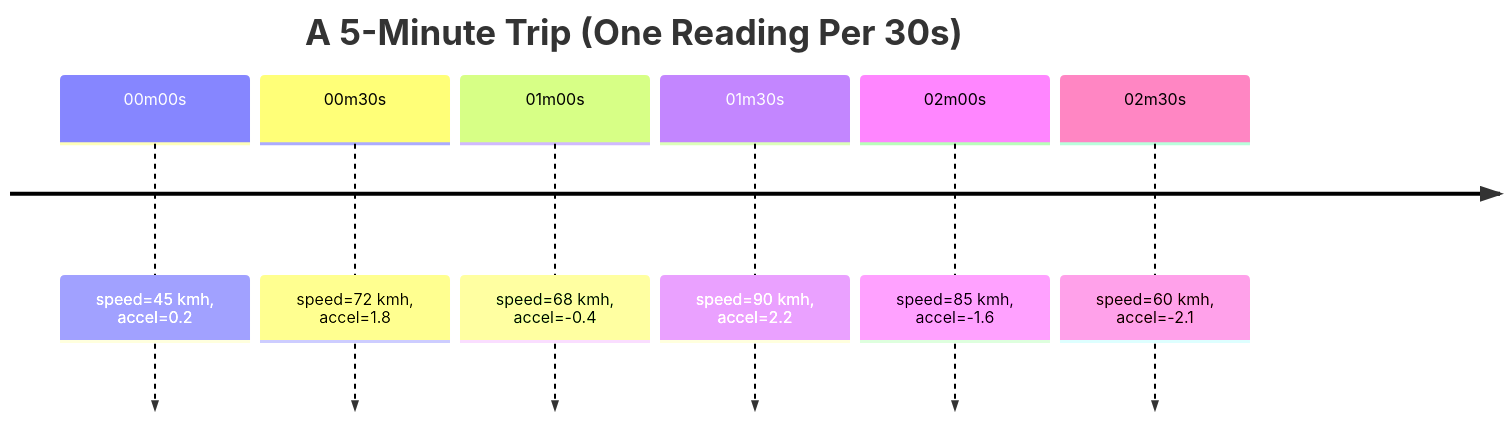
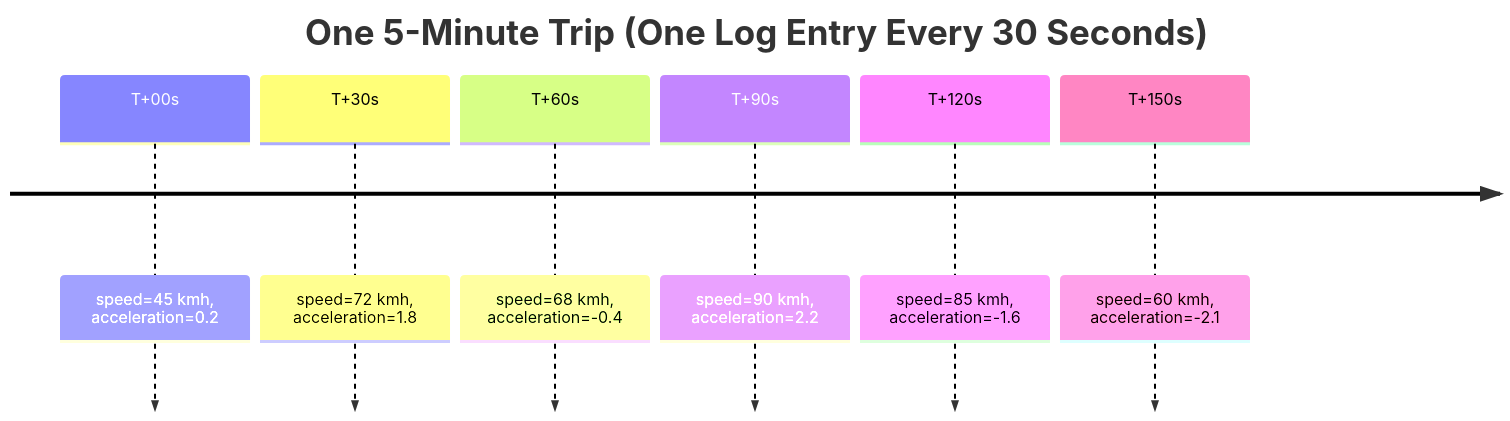
The second of 16 diagrams in docs/ml_pipeline_guide.md (Project-Be-Better/learning-ml), drawn with Mermaid before and after one commit. The commit also changed other lines of this file, not shown here.

````diff
--- a/docs/ml_pipeline_guide.md
+++ b/docs/ml_pipeline_guide.md
@@ -33,10 +35,10 @@
 ```mermaid
 timeline
-    title A 5-Minute Trip (One Reading Per 30s)
-    00m00s : speed=45 kmh, accel=0.2
-    00m30s : speed=72 kmh, accel=1.8
-    01m00s : speed=68 kmh, accel=-0.4
-    01m30s : speed=90 kmh, accel=2.2
-    02m00s : speed=85 kmh, accel=-1.6
-    02m30s : speed=60 kmh, accel=-2.1
+    title One 5-Minute Trip (One Log Entry Every 30 Seconds)
+    T+00s : speed=45 kmh, acceleration=0.2
+    T+30s : speed=72 kmh, acceleration=1.8
+    T+60s : speed=68 kmh, acceleration=-0.4
+    T+90s : speed=90 kmh, acceleration=2.2
+    T+120s : speed=85 kmh, acceleration=-1.6
+    T+150s : speed=60 kmh, acceleration=-2.1
 ```
````
